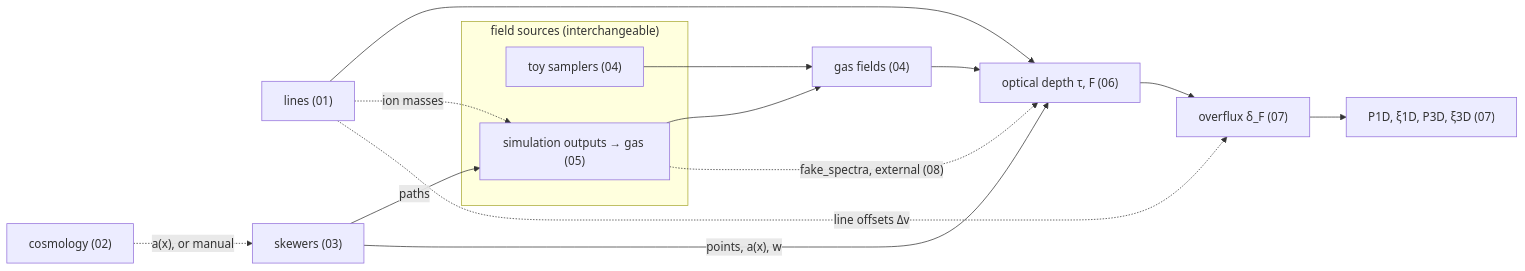
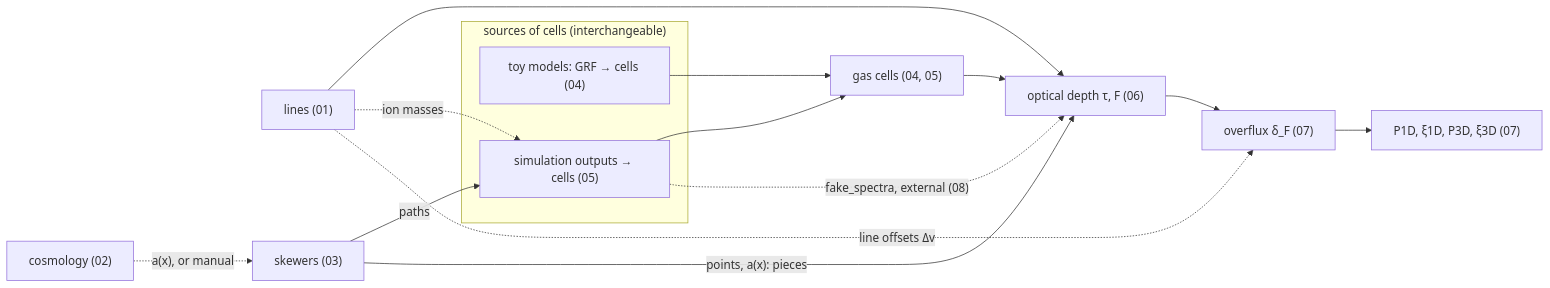
Before and after one commit to daniellopezcano/SkewerJAX: the second of 2 diagrams in README.md, drawn with Mermaid. The commit also changed other lines of this file and 39 other files, not shown here.

````diff
--- a/README.md
+++ b/README.md
@@ -91,19 +91,19 @@
 ```mermaid
 flowchart LR
     L["lines (01)"] --> T["optical depth τ, F (06)"]
     C["cosmology (02)"] -. "a(x), or manual" .-> K["skewers (03)"]
-    subgraph SRC["field sources (interchangeable)"]
-        TS["toy samplers (04)"]
-        SIM["simulation outputs → gas (05)"]
+    subgraph SRC["sources of cells (interchangeable)"]
+        TS["toy models: GRF → cells (04)"]
+        SIM["simulation outputs → cells (05)"]
     end
     K -- paths --> SIM
     L -. "ion masses" .-> SIM
-    TS --> F["gas fields (04)"]
+    TS --> F["gas cells (04, 05)"]
     SIM --> F
     F --> T
-    K -- "points, a(x), w" --> T
+    K -- "points, a(x): pieces" --> T
     T --> O["overflux δ_F (07)"]
     L -. "line offsets Δv" .-> O
     O --> P["P1D, ξ1D, P3D, ξ3D (07)"]
     SIM -. "fake_spectra, external (08)" .-> T
 ```
````
